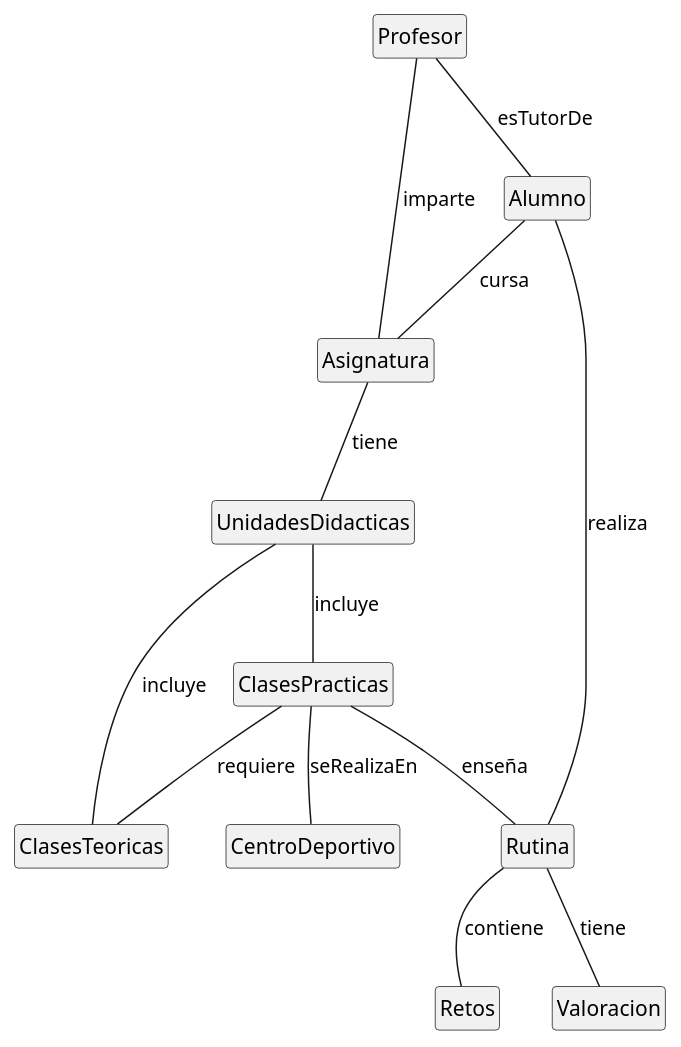
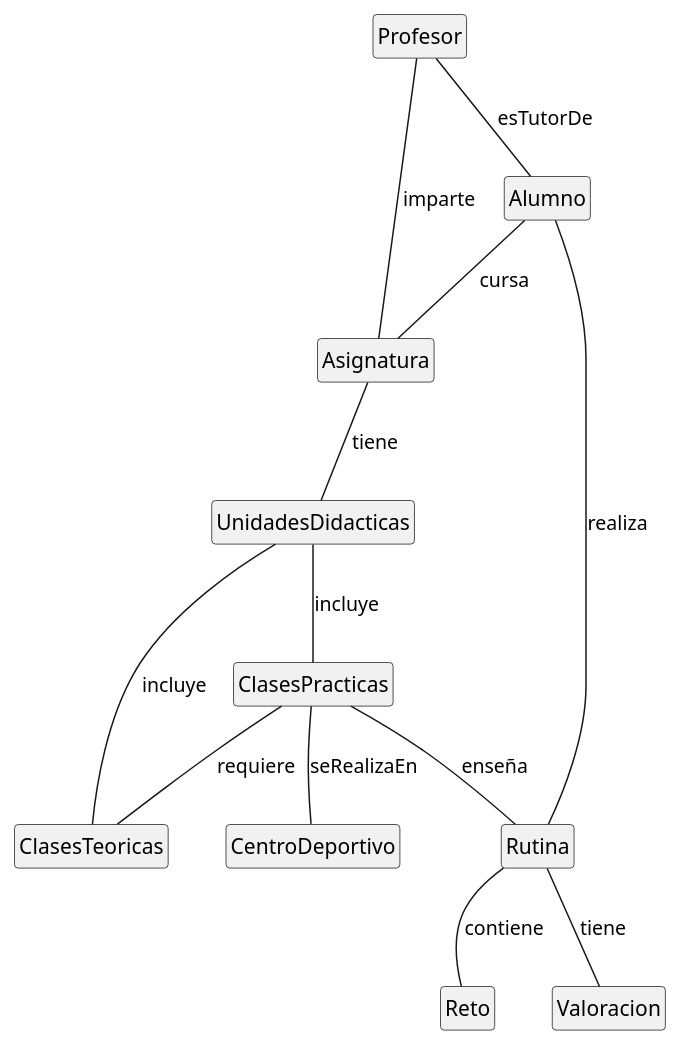
The diagram in Documentos/ModelosUML/evas.puml (mmasias/24-25-IdSw1-SDR), drawn with PlantUML before and after one commit.

```diff
--- a/Documentos/ModelosUML/evas.puml
+++ b/Documentos/ModelosUML/evas.puml
@@ -1,32 +1,32 @@
 @startuml
 
 hide circle
 hide empty members
 
 class Profesor {}
 class Alumno {}
 class Asignatura {}
 class UnidadesDidacticas {}
 class ClasesPracticas {
    
 }
 class ClasesTeoricas {}
 class CentroDeportivo {}
 class Rutina {}
-class Retos {}
+class Reto {}
 class Valoracion {}
 
 Profesor -- Alumno : esTutorDe
 Profesor -- Asignatura : imparte
 Asignatura -- UnidadesDidacticas : tiene
 UnidadesDidacticas -- ClasesPracticas : incluye
 UnidadesDidacticas -- ClasesTeoricas : incluye
 Alumno -- Asignatura : cursa
 ClasesPracticas -- CentroDeportivo : seRealizaEn
 ClasesPracticas -- Rutina : enseña
-Rutina -- Retos : contiene
+Rutina -- Reto : contiene
 Rutina -- Valoracion: tiene
 Alumno -- Rutina: realiza
 
 ClasesPracticas -- ClasesTeoricas : requiere
 @enduml
```
